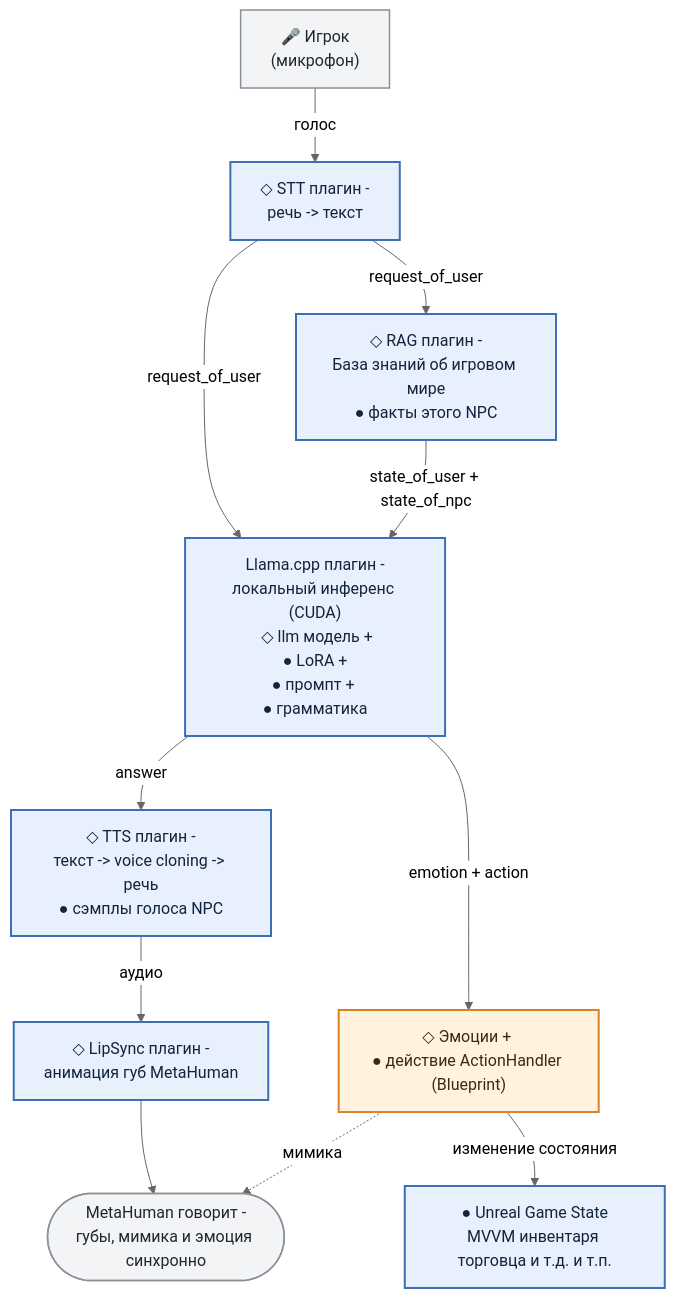
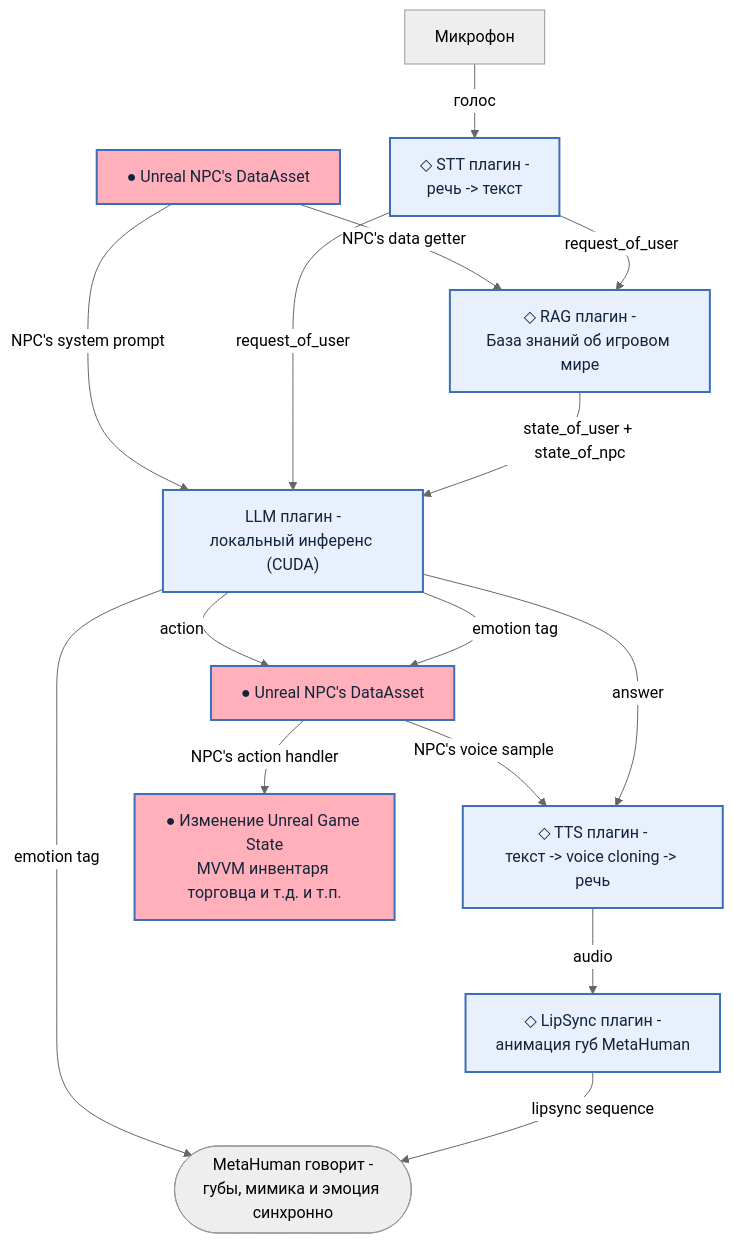
Before and after one commit to MimusTriurus/ullama_demo: the first of 6 diagrams in docs/article-full.md, drawn with Mermaid (neutral theme). The commit also changed other lines of this file, not shown here.

````diff
--- a/docs/article-full.md
+++ b/docs/article-full.md
@@ -63,31 +79,34 @@
 ```mermaid
 flowchart TD
-    Player["🎤 Игрок<br/>(микрофон)"]
+    Player["Микрофон"]
     STT["◇ STT плагин -<br/>речь -> текст"]
-    KB["◇ RAG плагин -<br/>База знаний об игровом мире<br/>● факты этого NPC"]
-    LLM["Llama.cpp плагин -<br/>локальный инференс (CUDA)<br/> ◇ llm модель +<br/> ● LoRA + <br/>● промпт + <br/>● грамматика"]
-    TTS["◇ TTS плагин -<br/>текст -> voice cloning -> речь<br/>● сэмплы голоса NPC"]
-    ACT["◇ Эмоции + <br/>● действие ActionHandler (Blueprint)"]
+    DataAsset_1["● Unreal NPC's DataAsset"]
+    DataAsset_2["● Unreal NPC's DataAsset"]
+    KB["◇ RAG плагин -<br/>База знаний об игровом мире"]
+    LLM["LLM плагин -<br/>локальный инференс (CUDA)"]
+    TTS["◇ TTS плагин -<br/>текст -> voice cloning -> речь"]
     LS["◇ LipSync плагин -<br/>анимация губ MetaHuman"]
-    UI["● Unreal Game State<br/>MVVM инвентаря торговца и т.д. и т.п."]
+    UI["● Изменение Unreal Game State<br/>MVVM инвентаря торговца и т.д. и т.п."]
     OUT(["MetaHuman говорит -<br/>губы, мимика и эмоция синхронно"])
 
     Player -- голос --> STT
+    DataAsset_1 -- "NPC's system prompt" --> LLM
+    DataAsset_1 -- "NPC's data getter" --> KB
+    DataAsset_2 -- "NPC's voice sample" --> TTS
+    DataAsset_2 -- "NPC's action handler" --> UI
     STT -- "request_of_user" --> LLM
     STT -- "request_of_user" --> KB
     KB -- "state_of_user + state_of_npc" --> LLM
     LLM -- "answer" --> TTS
-    LLM -- "emotion + action" --> ACT
-    TTS -- аудио --> LS
-    ACT -- изменение состояния --> UI
-    LS --> OUT
-    ACT -. мимика .-> OUT
+    LLM -- "action" --> DataAsset_2
+    LLM -- "emotion tag" --> OUT
+    LLM -- "emotion tag" --> DataAsset_2
+    TTS -- audio --> LS
+    LS -- lipsync sequence --> OUT
+    
+    classDef common fill:#e8f0fe,stroke:#3b6fb6,stroke-width:2px,color:#12243b
+    classDef specific fill:#FFB0BB,stroke:#3b6fb6,stroke-width:2px,color:#12243b
 
-    classDef frame fill:#e8f0fe,stroke:#3b6fb6,stroke-width:2px,color:#12243b
-    classDef swap fill:#fff3e0,stroke:#d9822b,stroke-width:2px,color:#3b2a12
-    classDef edge fill:#f3f4f6,stroke:#8b8f96,stroke-width:1.5px,color:#22262b
-
-    class STT,KB,LLM,TTS,LS,UI frame
-    class ACT swap
-    class Player,OUT edge
+    class STT,KB,LLM,TTS,LS common
+    class UI,DataAsset_1,DataAsset_2 specific
 ```
````
